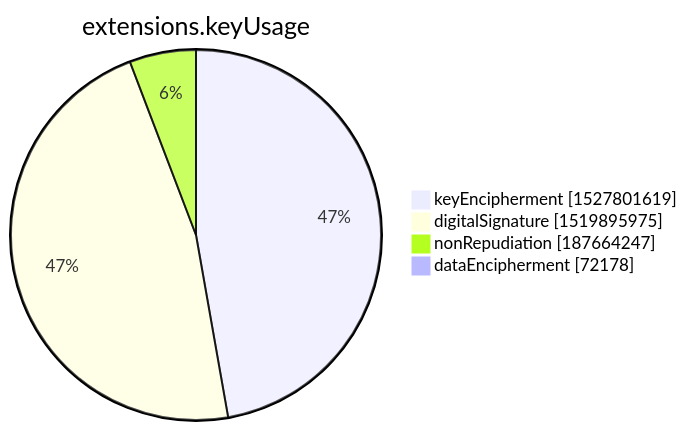
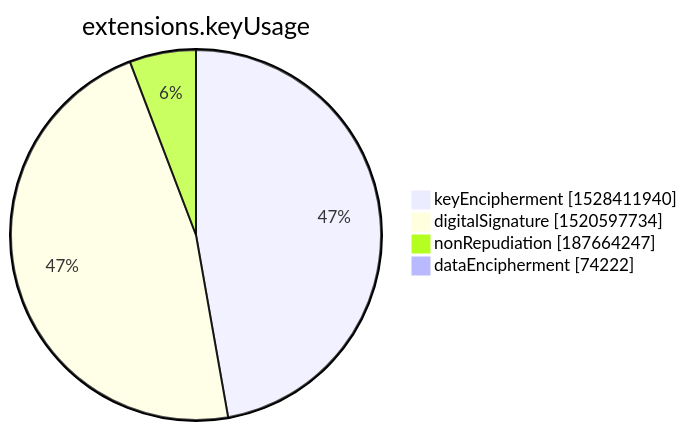
Before and after one commit to christiankrug/ctmonitor_visualization: the seventh of 15 diagrams in xenon2022/README.md, drawn with Mermaid. The commit also changed other lines of this file, not shown here.

````diff
--- a/xenon2022/README.md
+++ b/xenon2022/README.md
@@ -2849,8 +2849,8 @@
 ```mermaid
 pie showData
 title extensions.keyUsage
-"keyEncipherment" :1527801619
-"digitalSignature" :1519895975
+"keyEncipherment" :1528411940
+"digitalSignature" :1520597734
 "nonRepudiation" :187664247
-"dataEncipherment" :72178
+"dataEncipherment" :74222
 ```
````
